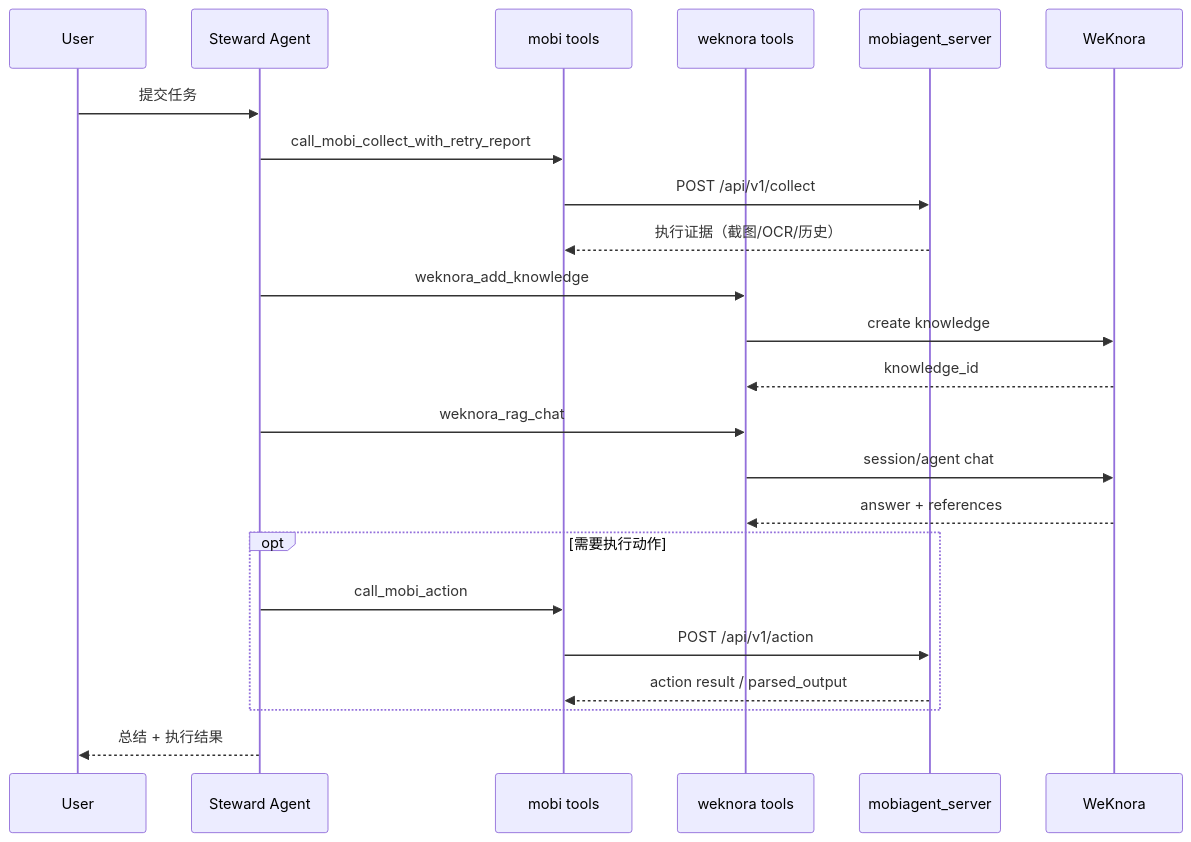
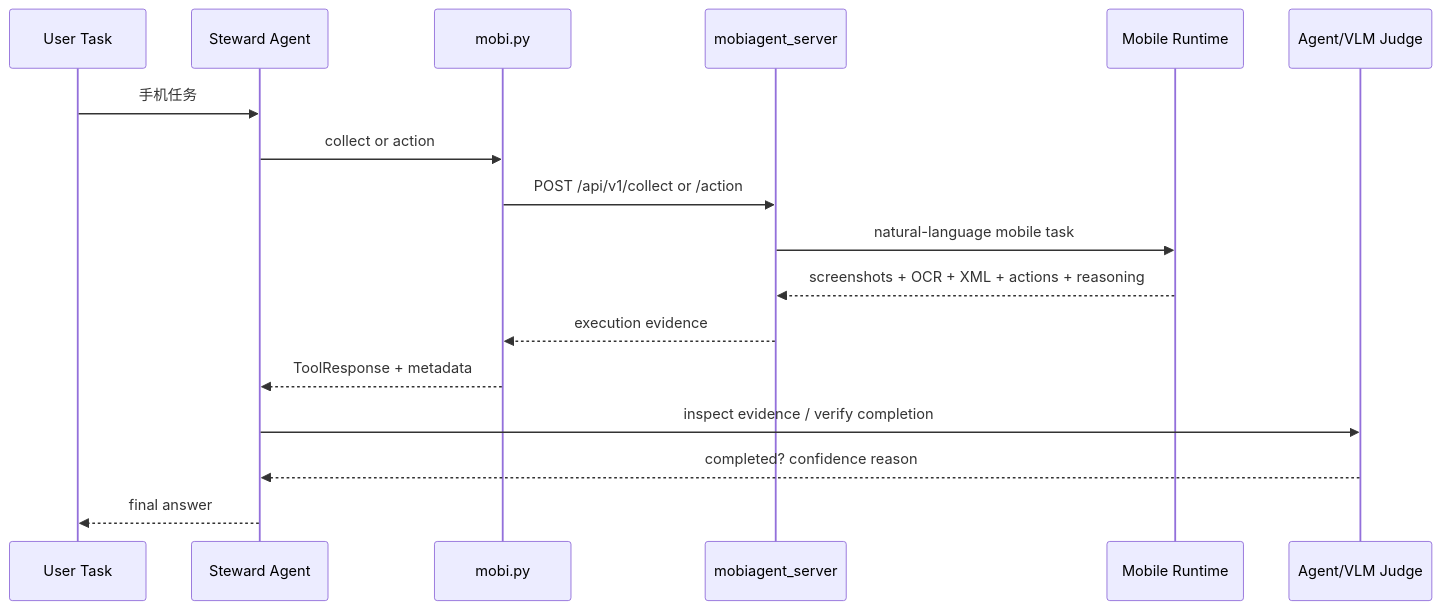
One commit to IPADS-SAI/MobiClaw changed the fourth of 4 diagrams in docs/Seneschal-详细架构图.md. Above: the diagram before and after it, drawn with Mermaid. The commit also changed other lines of this file and 8 other files, not shown here.

````diff
--- a/docs/Seneschal-详细架构图.md
+++ b/docs/Seneschal-详细架构图.md
@@ -85,30 +177,20 @@
 ```mermaid
 sequenceDiagram
-    participant User as User
+    participant User as User Task
     participant Steward as Steward Agent
-    participant MobiTool as mobi tools
-    participant WekTool as weknora tools
+    participant MobiTool as mobi.py
     participant MG as mobiagent_server
-    participant WK as WeKnora
+    participant Device as Mobile Runtime
+    participant Judge as Agent/VLM Judge
 
-    User->>Steward: 提交任务
-    Steward->>MobiTool: call_mobi_collect_with_retry_report
-    MobiTool->>MG: POST /api/v1/collect
-    MG-->>MobiTool: 执行证据（截图/OCR/历史）
-
-    Steward->>WekTool: weknora_add_knowledge
-    WekTool->>WK: create knowledge
-    WK-->>WekTool: knowledge_id
-
-    Steward->>WekTool: weknora_rag_chat
-    WekTool->>WK: session/agent chat
-    WK-->>WekTool: answer + references
-
-    opt 需要执行动作
-      Steward->>MobiTool: call_mobi_action
-      MobiTool->>MG: POST /api/v1/action
-      MG-->>MobiTool: action result / parsed_output
-    end
-
-    Steward-->>User: 总结 + 执行结果
+    User->>Steward: 手机任务
+    Steward->>MobiTool: collect or action
+    MobiTool->>MG: POST /api/v1/collect or /action
+    MG->>Device: natural-language mobile task
+    Device-->>MG: screenshots + OCR + XML + actions + reasoning
+    MG-->>MobiTool: execution evidence
+    MobiTool-->>Steward: ToolResponse + metadata
+    Steward->>Judge: inspect evidence / verify completion
+    Judge-->>Steward: completed? confidence reason
+    Steward-->>User: final answer
 ```
````
